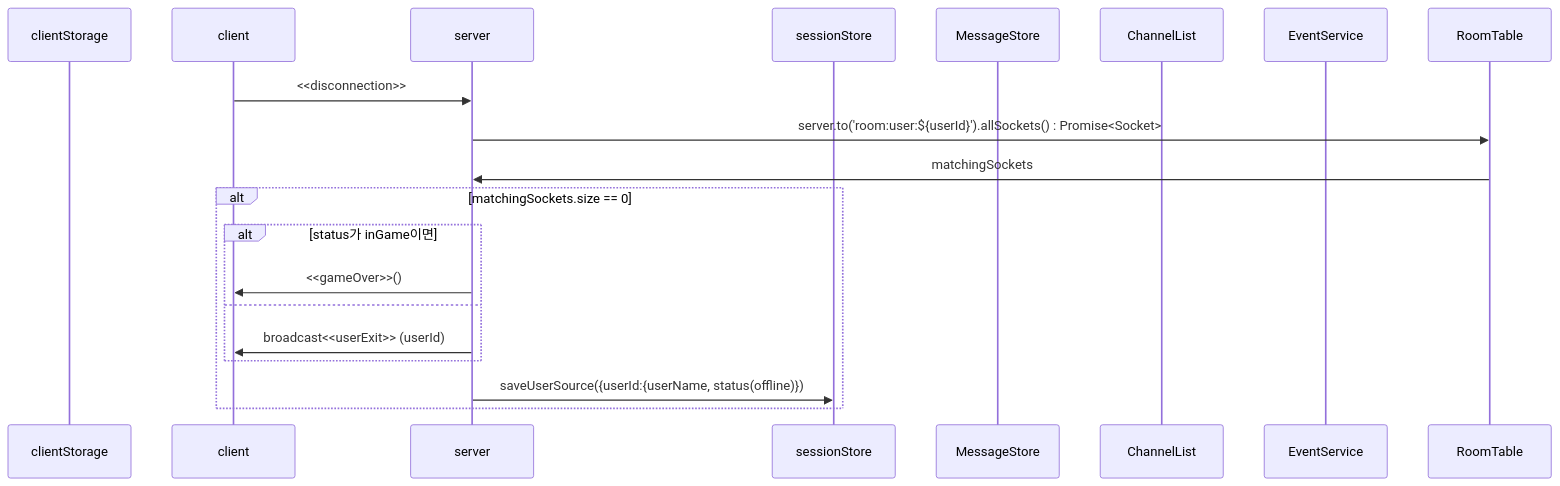
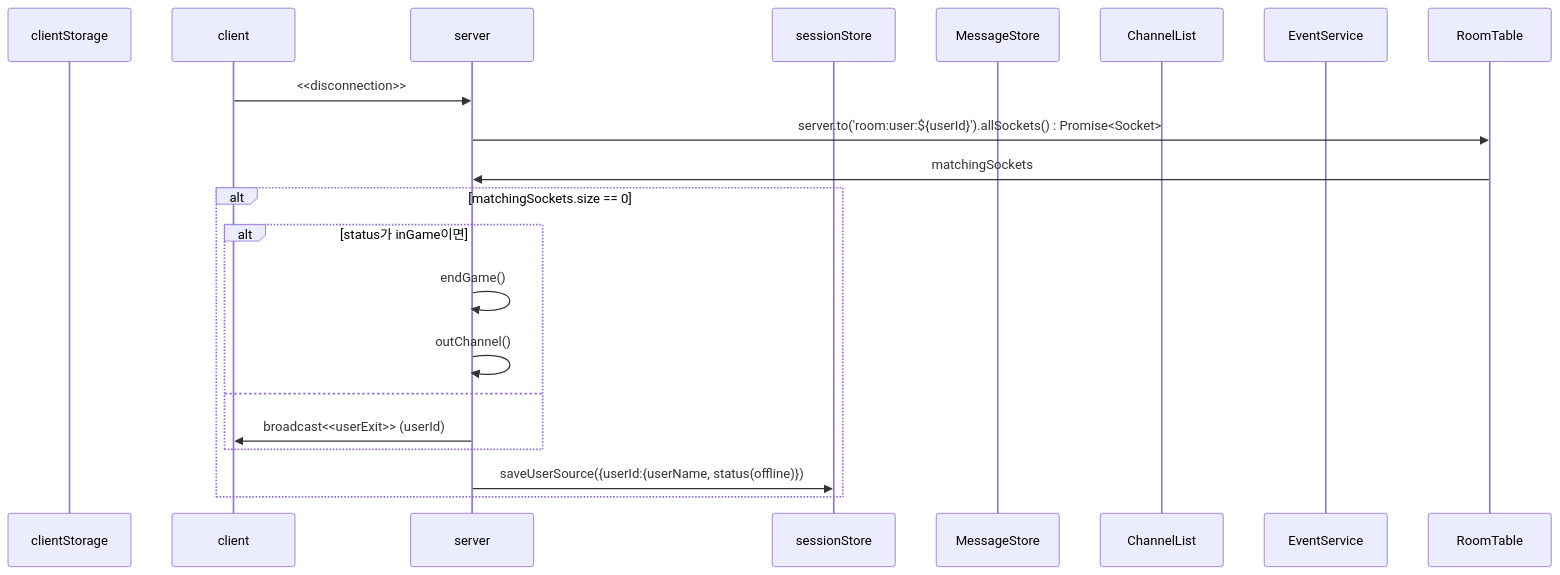
One commit to mtak0235/simmons_transcendence changed the third of 19 diagrams in backend/node/app/event.md. Above: the diagram before and after it, drawn with Mermaid. The commit also changed other lines of this file, not shown here.

````diff
--- a/backend/node/app/event.md
+++ b/backend/node/app/event.md
@@ -61,23 +57,24 @@
 ```mermaid
 sequenceDiagram
 participant cls as clientStorage
 participant c as client
 participant ga as server
 participant ss as sessionStore
 participant ms as MessageStore
 participant cns as ChannelList
 participant cs as EventService
 participant rt as RoomTable
 
 c->>ga: <<disconnection>>
 ga->>rt: server.to('room:user:${userId}').allSockets() : Promise<Socket>
 rt->>ga: matchingSockets
 alt matchingSockets.size == 0
 alt status가 inGame이면 
-ga->>c: <<gameOver>>()
+ga->>ga: endGame()
+ga->>ga: outChannel()
 else
 ga->>c: broadcast<<userExit>> (userId)
 end
 ga->>ss: saveUserSource({userId:{userName, status(offline)})
 end
 ```
````
